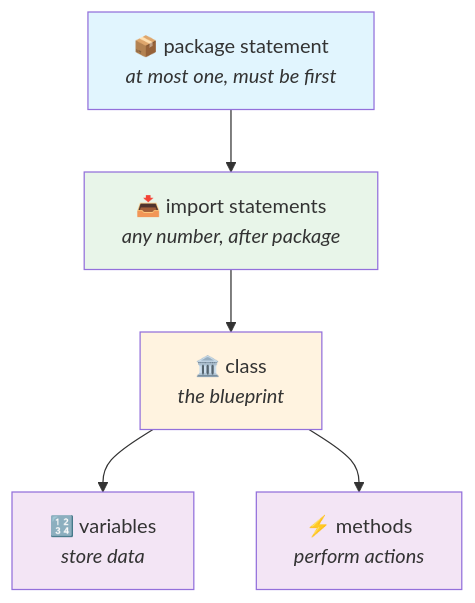
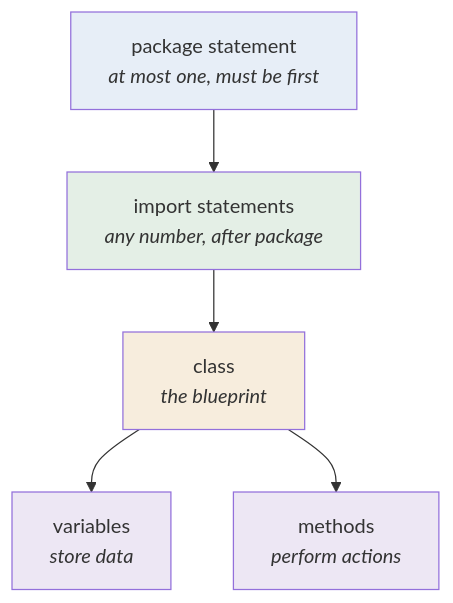
One commit to kundankumarsharma56/Leaning-Java changed the diagram in src/Theory/01-Java-Introduction-and-Setup/05-Java-Programming-Elements.md. Above: the diagram before and after it, drawn with Mermaid. The commit also changed other lines of this file and 84 other files, not shown here.

````diff
--- a/src/Theory/01-Java-Introduction-and-Setup/05-Java-Programming-Elements.md
+++ b/src/Theory/01-Java-Introduction-and-Setup/05-Java-Programming-Elements.md
@@ -21,12 +21,12 @@
 ```mermaid
 flowchart TD
-    A["📦 package statement<br/><i>at most one, must be first</i>"] --> B["📥 import statements<br/><i>any number, after package</i>"]
-    B --> C["🏛️ class<br/><i>the blueprint</i>"]
-    C --> D["🔢 variables<br/><i>store data</i>"]
-    C --> E["⚡ methods<br/><i>perform actions</i>"]
-    style A fill:#e1f5fe
-    style B fill:#e8f5e9
-    style C fill:#fff3e0
-    style D fill:#f3e5f5
-    style E fill:#f3e5f5
+    A["package statement<br/><i>at most one, must be first</i>"] --> B["import statements<br/><i>any number, after package</i>"]
+    B --> C["class<br/><i>the blueprint</i>"]
+    C --> D["variables<br/><i>store data</i>"]
+    C --> E["methods<br/><i>perform actions</i>"]
+    style A fill:#e7eef7
+    style B fill:#e4efe6
+    style C fill:#f7eddd
+    style D fill:#ede7f4
+    style E fill:#ede7f4
 ```
````
